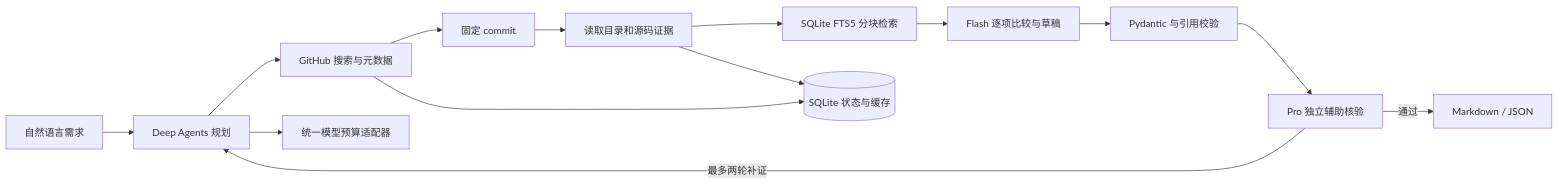
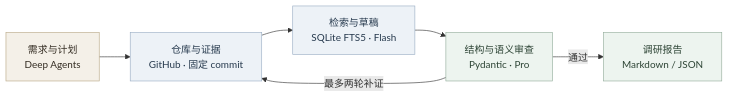
Before and after one commit to carefreelove/RepoScout: the diagram in README.md, drawn with Mermaid. The commit also changed other lines of this file, not shown here.

````diff
--- a/README.md
+++ b/README.md
@@ -46,16 +99,15 @@
 ```mermaid
 flowchart LR
-    A[自然语言需求] --> B[Deep Agents 规划]
-    B --> C[GitHub 搜索与元数据]
-    C --> D[固定 commit]
-    D --> E[读取目录和源码证据]
-    E --> K[SQLite FTS5 分块检索]
-    K --> F[Flash 逐项比较与草稿]
-    F --> G[Pydantic 与引用校验]
-    G --> P[Pro 独立辅助核验]
-    P -->|通过| H[Markdown / JSON]
-    P -->|最多两轮补证| B
-    C --> I[(SQLite 状态与缓存)]
-    E --> I
-    B --> J[统一模型预算适配器]
+    A["需求与计划<br/>Deep Agents"] --> B["仓库与证据<br/>GitHub · 固定 commit"]
+    B --> C["检索与草稿<br/>SQLite FTS5 · Flash"]
+    C --> D["结构与语义审查<br/>Pydantic · Pro"]
+    D -->|通过| E["调研报告<br/>Markdown / JSON"]
+    D -->|最多两轮补证| B
+
+    classDef plan fill:#f4f0e8,stroke:#b9a887,color:#342d23
+    classDef research fill:#edf2f7,stroke:#9aaec4,color:#26394d
+    classDef review fill:#edf4ef,stroke:#94ad9c,color:#2d4435
+    class A plan
+    class B,C research
+    class D,E review
 ```
````
